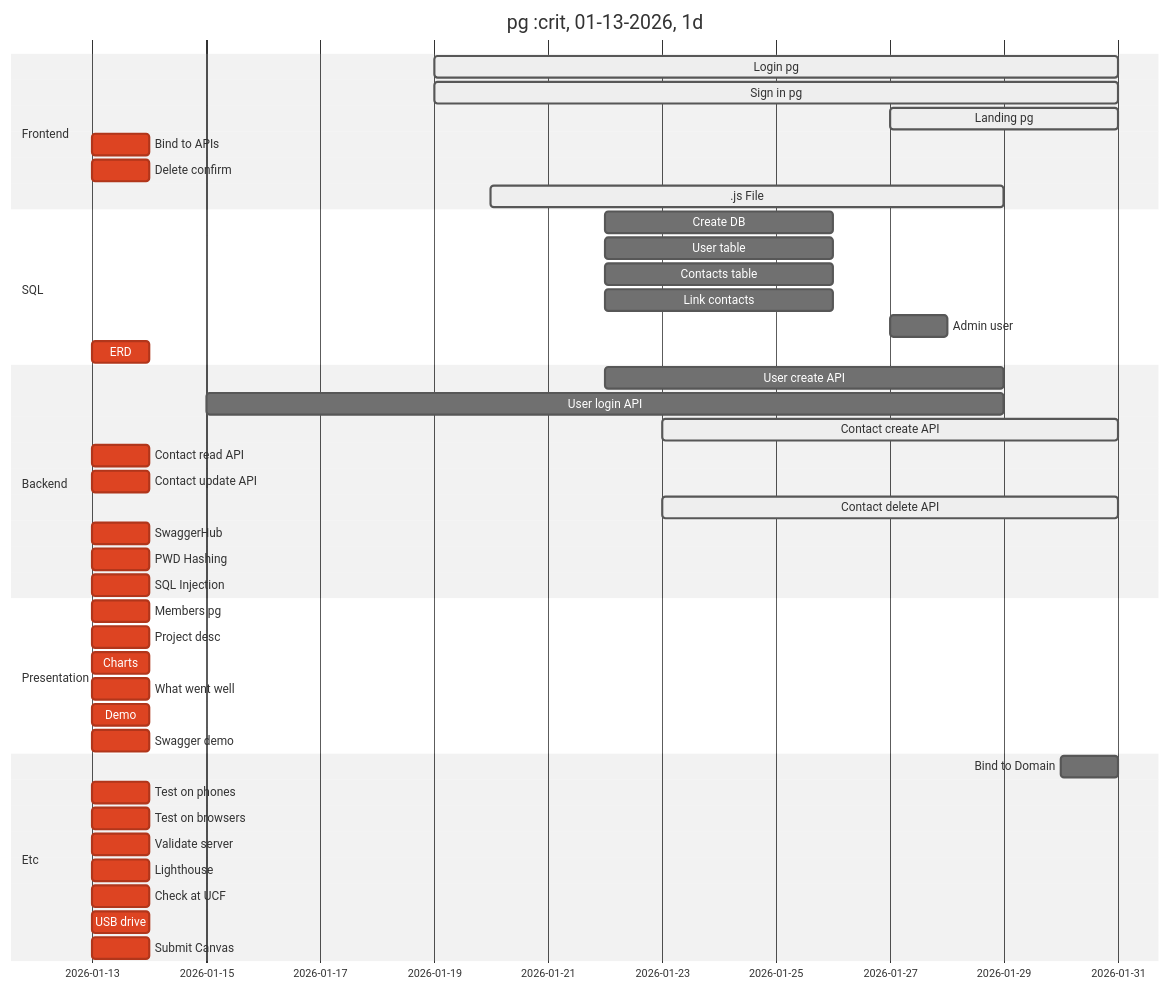
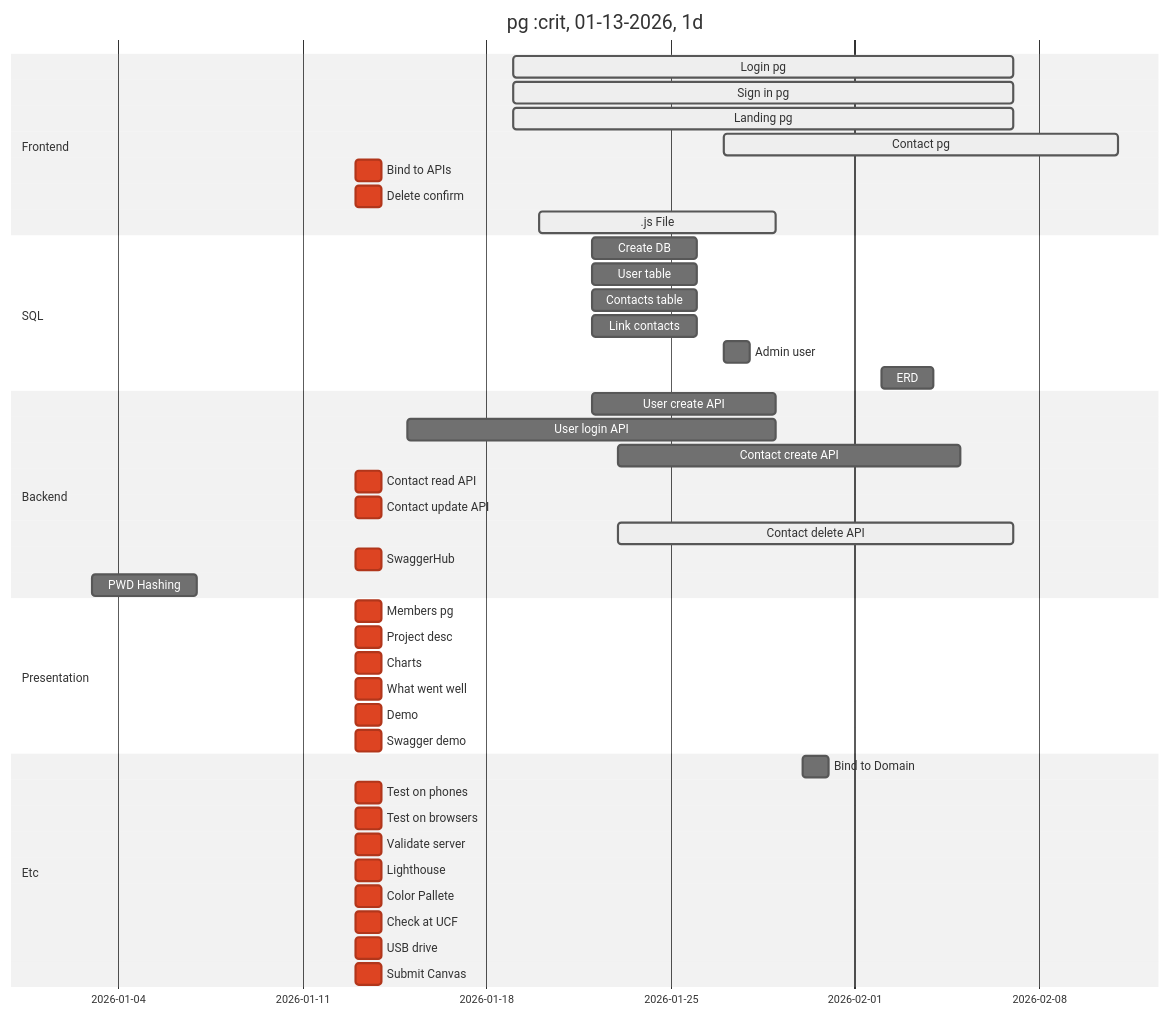
One commit to MLA-Format/cop4331c02-spring26-smallProject changed the diagram in README.md. Above: the diagram before and after it, drawn with Mermaid (neutral theme). The commit also changed other lines of this file, not shown here.

Commit message:
Update README with task completion and deadlines

````diff
--- a/README.md
+++ b/README.md
@@ -45,47 +45,48 @@
 ```mermaid
 gantt
   title Small Project Gantt Chart
   dateFormat MM-DD-YYYY
   section Frontend
-  Login pg           :active, 01-19-2026, 12d
-  Sign in pg         :active, 01-19-2026, 12d
-  Landing pg         :active, 01-27-2026, 4d
+  Login pg           :active, 01-19-2026, 19d
+  Sign in pg         :active, 01-19-2026, 19d
+  Landing pg         :active, 01-19-2026, 19d
+  Contact pg         :active, 01-27-2026, 15d
   Bind to APIs :crit, 01-13-2026, 1d
   Delete confirm  :crit, 01-13-2026, 1d
   .js File             :active, 01-20-2026, 9d
   section SQL
   Create DB      :01-22-2026, 4d
   User table    :01-22-2026, 4d
   Contacts table :01-22-2026, 4d
   Link contacts :01-22-2026, 4d
   Admin user    :01-27-2026, 1d
-  ERD                  :crit, 01-13-2026, 1d
+  ERD                  :02-2-2026, 2d
   section Backend
   User create API    :01-22-2026, 7d
   User login API       :01-15-2026, 14d
-  Contact create API :active, 01-23-2026, 8d
+  Contact create API :01-23-2026, 13d
   Contact read API     :crit, 01-13-2026, 1d
   Contact update API   :crit, 01-13-2026, 1d
-  Contact delete API   :active, 01-23-2026, 8d
+  Contact delete API   :active, 01-23-2026, 15d
   SwaggerHub   :crit, 01-13-2026, 1d
-  PWD Hashing :crit, 01-13-2026, 1d
-  SQL Injection :crit, 01-13-2026, 1d
+  PWD Hashing :01-03-2026, 4d
   section Presentation
   Title pg           :crit, 01-13-2026, 1d
   Members pg         :crit, 01-13-2026, 1d
   Project desc  :crit, 01-13-2026, 1d
   Charts      :crit, 01-13-2026, 1d
   What went well :crit, 01-13-2026, 1d
   Demo         :crit, 01-13-2026, 1d
   Swagger demo      :crit, 01-13-2026, 1d
   section Etc
-  Bind to Domain :, 01-30-2026, 1d
+  Bind to Domain :01-30-2026, 1d
   Test on phones       :crit, 01-13-2026, 1d
   Test on browsers   :crit, 01-13-2026, 1d
   Validate server   :crit, 01-13-2026, 1d
   Lighthouse    :crit, 01-13-2026, 1d
+  Color Pallete    :crit, 01-13-2026, 1d
   Check at UCF  :crit, 01-13-2026, 1d
   USB drive     :crit, 01-13-2026, 1d
   Submit Canvas     :crit, 01-13-2026, 1d
 
 ```
````
